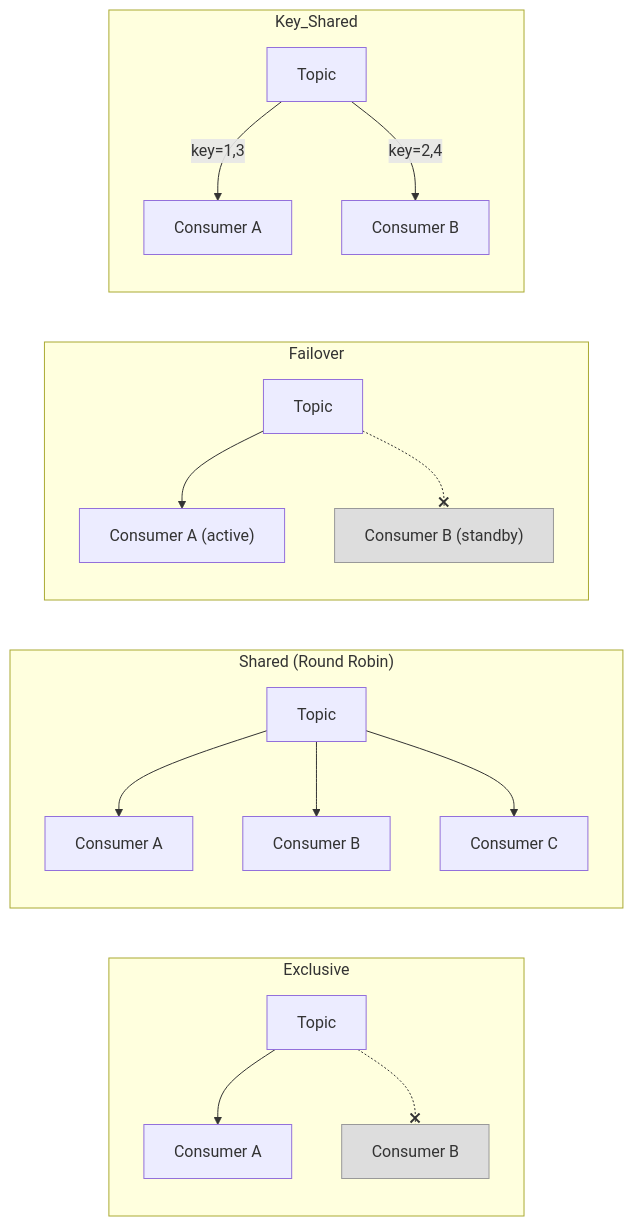
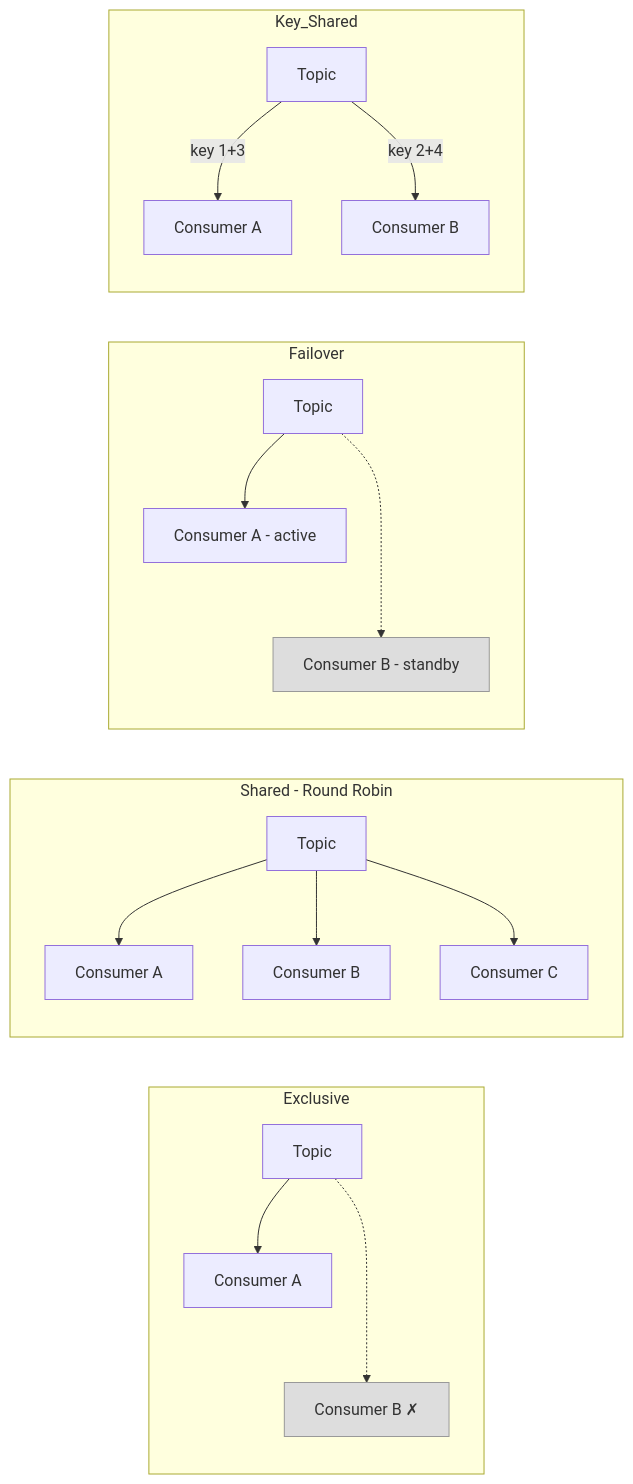
One commit to andrzejsydor/knowledge changed the second of 7 diagrams in Kafka/apache-pulsar-and-messaging-platforms.md. Above: the diagram before and after it, drawn with Mermaid. The commit also changed other lines of this file, not shown here.

Commit message:
Refactor mermaid diagrams for clarity and consistency

````diff
--- a/Kafka/apache-pulsar-and-messaging-platforms.md
+++ b/Kafka/apache-pulsar-and-messaging-platforms.md
@@ -86,26 +86,26 @@
 ```mermaid
 graph LR
-    subgraph "Exclusive"
-        T1[Topic] --> C1_1[Consumer A]
-        T1 -.-x C1_2[Consumer B]
+    subgraph Exclusive
+        T1["Topic"] --> C1_1["Consumer A"]
+        T1 -..-> C1_2["Consumer B ✗"]
     end
 
-    subgraph "Shared (Round Robin)"
-        T2[Topic] --> C2_1[Consumer A]
-        T2 --> C2_2[Consumer B]
-        T2 --> C2_3[Consumer C]
+    subgraph Shared["Shared - Round Robin"]
+        T2["Topic"] --> C2_1["Consumer A"]
+        T2 --> C2_2["Consumer B"]
+        T2 --> C2_3["Consumer C"]
     end
 
-    subgraph "Failover"
-        T3[Topic] --> C3_1["Consumer A (active)"]
-        T3 -.-x C3_2["Consumer B (standby)"]
+    subgraph Failover
+        T3["Topic"] --> C3_1["Consumer A - active"]
+        T3 -..-> C3_2["Consumer B - standby"]
     end
 
-    subgraph "Key_Shared"
-        T4[Topic] -->|key=1,3| C4_1[Consumer A]
-        T4 -->|key=2,4| C4_2[Consumer B]
+    subgraph Key_Shared
+        T4["Topic"] -->|"key 1+3"| C4_1["Consumer A"]
+        T4 -->|"key 2+4"| C4_2["Consumer B"]
     end
 
     style C1_2 fill:#ddd,stroke:#999
     style C3_2 fill:#ddd,stroke:#999
 ```
````
